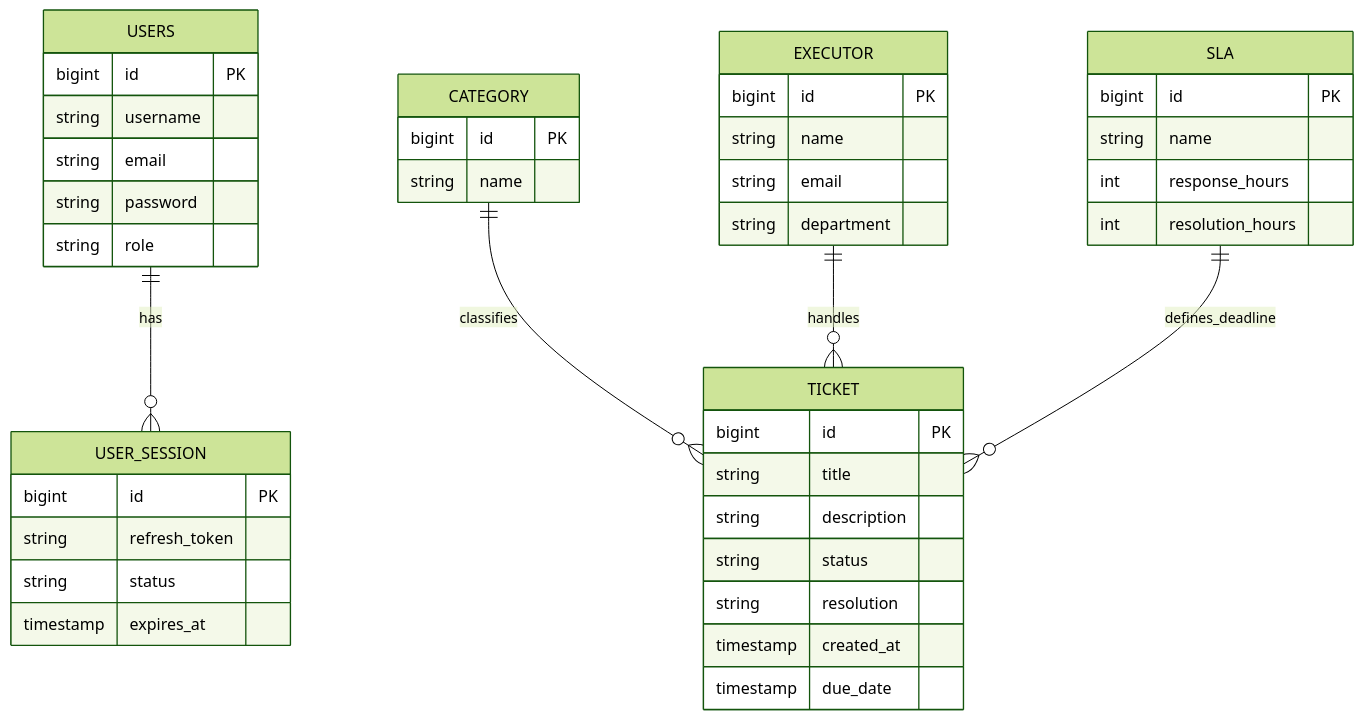
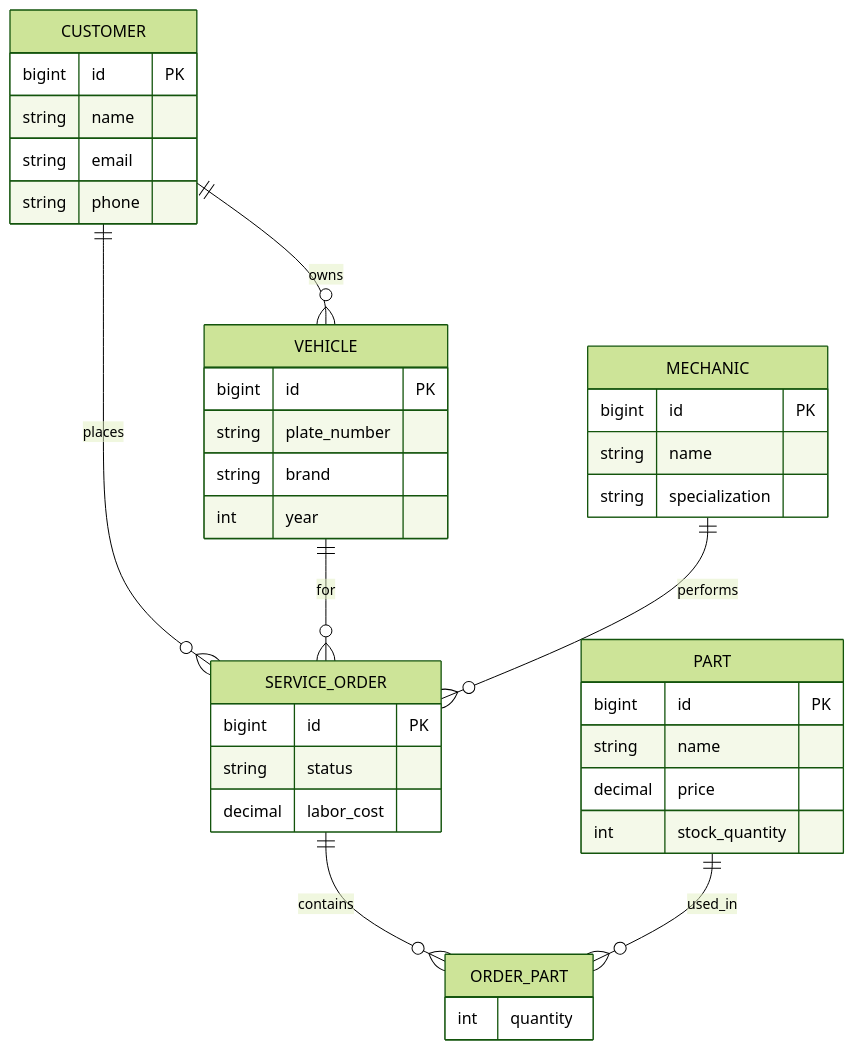
One commit to pagadone1/ziovpoLab changed the diagram in docs/er-diagram.md. Above: the diagram before and after it, drawn with Mermaid (forest theme). The commit also changed other lines of this file and 3 other files, not shown here.

````diff
--- a/docs/er-diagram.md
+++ b/docs/er-diagram.md
@@ -11,45 +3,41 @@
 ```mermaid
 erDiagram
-    USERS ||--o{ USER_SESSION : has
-    USERS {
-        bigint id PK
-        string username
-        string email
-        string password
-        string role
-    }
-    USER_SESSION {
-        bigint id PK
-        string refresh_token
-        string status
-        timestamp expires_at
-    }
-    CATEGORY ||--o{ TICKET : classifies
-    CATEGORY {
-        bigint id PK
-        string name
-    }
-    EXECUTOR ||--o{ TICKET : handles
-    EXECUTOR {
+    CUSTOMER ||--o{ VEHICLE : owns
+    CUSTOMER ||--o{ SERVICE_ORDER : places
+    VEHICLE ||--o{ SERVICE_ORDER : for
+    MECHANIC ||--o{ SERVICE_ORDER : performs
+    SERVICE_ORDER ||--o{ ORDER_PART : contains
+    PART ||--o{ ORDER_PART : used_in
+
+    CUSTOMER {
         bigint id PK
         string name
         string email
-        string department
+        string phone
     }
-    SLA ||--o{ TICKET : defines_deadline
-    SLA {
+    VEHICLE {
+        bigint id PK
+        string plate_number
+        string brand
+        int year
+    }
+    MECHANIC {
         bigint id PK
         string name
-        int response_hours
-        int resolution_hours
+        string specialization
     }
-    TICKET {
+    PART {
         bigint id PK
-        string title
-        string description
+        string name
+        decimal price
+        int stock_quantity
+    }
+    SERVICE_ORDER {
+        bigint id PK
         string status
-        string resolution
-        timestamp created_at
-        timestamp due_date
+        decimal labor_cost
+    }
+    ORDER_PART {
+        int quantity
     }
 ```
````
